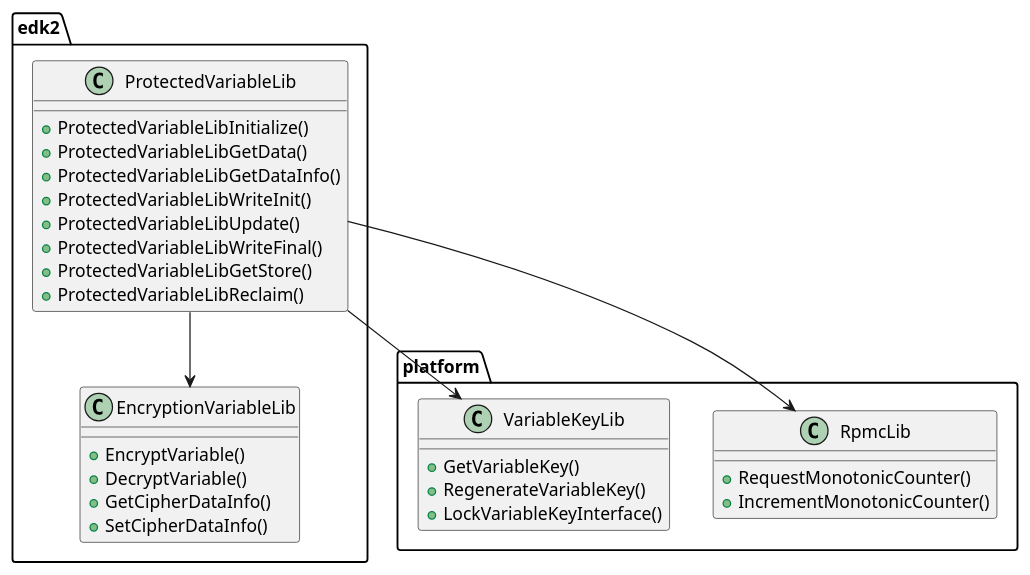
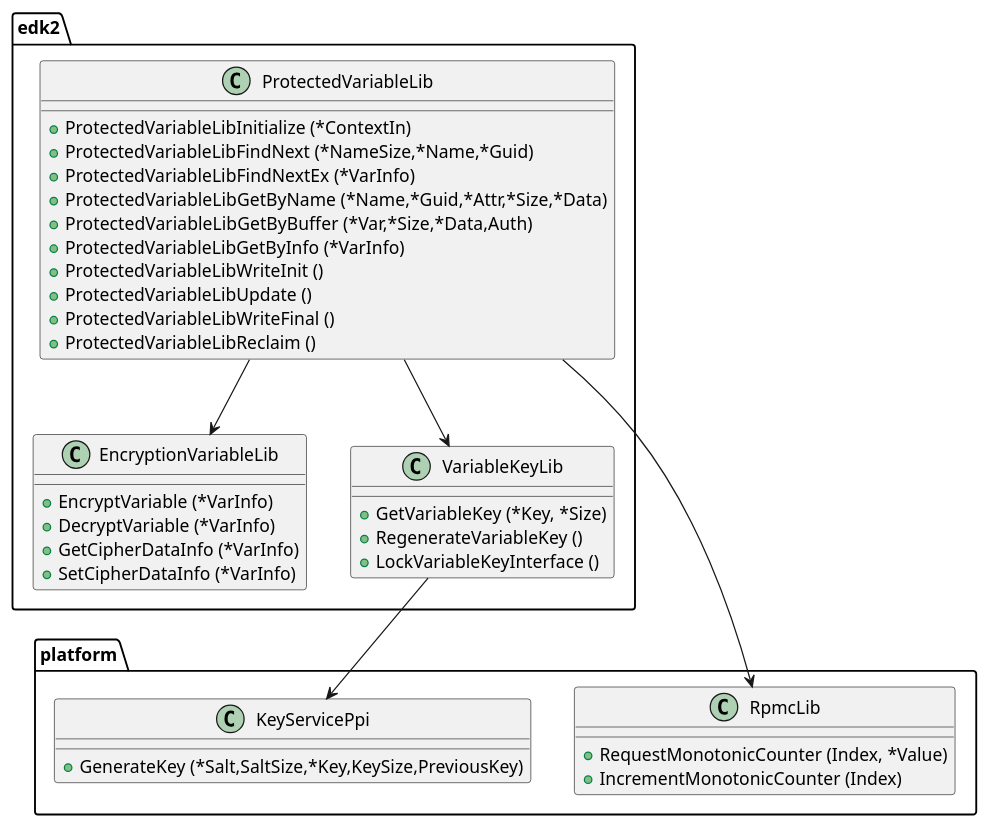
One commit to jwang36/edk2-staging changed the diagram in LibClass.puml. Above: the diagram before and after it, drawn with PlantUML. The commit also changed 3 other files, not shown here.

Commit message:
ProtectedVariable: updated flow graph

```diff
--- a/LibClass.puml
+++ b/LibClass.puml
@@ -1,40 +1,47 @@
 @startuml LibraryClasses
 
     package platform {
       class RpmcLib {
-        +RequestMonotonicCounter()
-        +IncrementMonotonicCounter()
+        +RequestMonotonicCounter (Index, *Value)
+        +IncrementMonotonicCounter (Index)
       }
 
-      class VariableKeyLib {
-        +GetVariableKey()
-        +RegenerateVariableKey()
-        +LockVariableKeyInterface()
+      class KeyServicePpi {
+        +GenerateKey (*Salt,SaltSize,*Key,KeySize,PreviousKey)
       }
     }
 
     package edk2 {
       class ProtectedVariableLib {
-        +ProtectedVariableLibInitialize()
-        +ProtectedVariableLibGetData()
-        +ProtectedVariableLibGetDataInfo()
-        +ProtectedVariableLibWriteInit()
-        +ProtectedVariableLibUpdate()
-        +ProtectedVariableLibWriteFinal()
-        +ProtectedVariableLibGetStore()
-        +ProtectedVariableLibReclaim()
+        +ProtectedVariableLibInitialize (*ContextIn)
+        +ProtectedVariableLibFindNext (*NameSize,*Name,*Guid)
+        +ProtectedVariableLibFindNextEx (*VarInfo)
+        +ProtectedVariableLibGetByName (*Name,*Guid,*Attr,*Size,*Data)
+        +ProtectedVariableLibGetByBuffer (*Var,*Size,*Data,Auth)
+        +ProtectedVariableLibGetByInfo (*VarInfo)
+        +ProtectedVariableLibWriteInit ()
+        +ProtectedVariableLibUpdate ()
+        +ProtectedVariableLibWriteFinal ()
+        +ProtectedVariableLibReclaim ()
       }
 
       class EncryptionVariableLib {
-        +EncryptVariable()
-        +DecryptVariable()
-        +GetCipherDataInfo()
-        +SetCipherDataInfo()
+        +EncryptVariable (*VarInfo)
+        +DecryptVariable (*VarInfo)
+        +GetCipherDataInfo (*VarInfo)
+        +SetCipherDataInfo (*VarInfo)
+      }
+
+      class VariableKeyLib {
+        +GetVariableKey (*Key, *Size)
+        +RegenerateVariableKey ()
+        +LockVariableKeyInterface ()
       }
     }
 
     ProtectedVariableLib --> EncryptionVariableLib
     ProtectedVariableLib --> RpmcLib
     ProtectedVariableLib --> VariableKeyLib
+    VariableKeyLib --> KeyServicePpi
 
 @enduml
```
